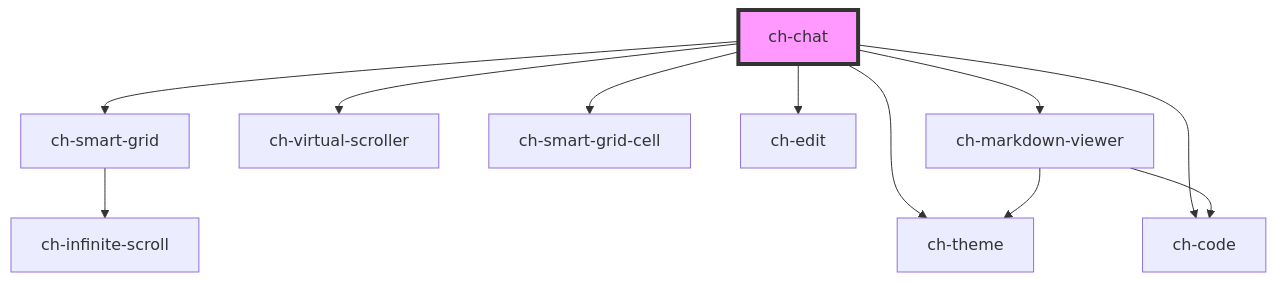
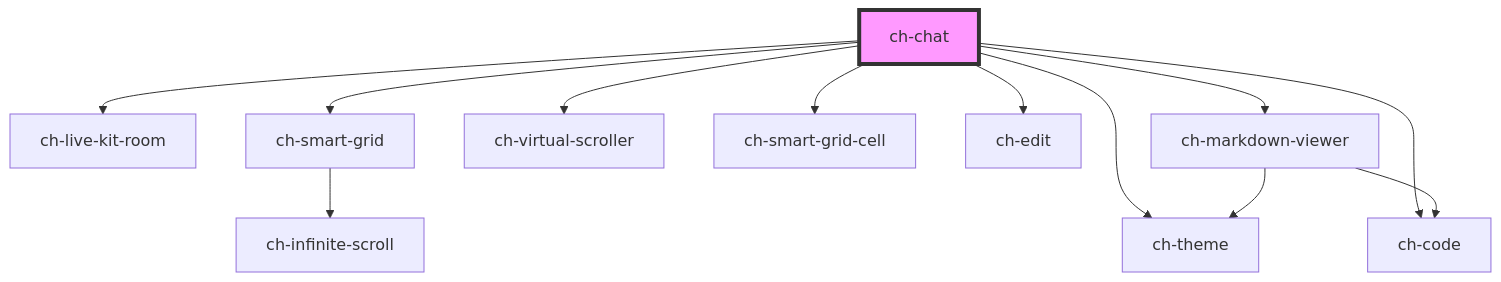
Before and after one commit to genexuslabs/chameleon-controls-library: the diagram in src/components/chat/readme.md, drawn with Mermaid. The commit also changed other lines of this file and 1 other file, not shown here.

````diff
--- a/src/components/chat/readme.md
+++ b/src/components/chat/readme.md
@@ -144,14 +149,15 @@
 ```mermaid
 graph TD;
+  ch-chat --> ch-live-kit-room
   ch-chat --> ch-smart-grid
   ch-chat --> ch-virtual-scroller
   ch-chat --> ch-smart-grid-cell
   ch-chat --> ch-theme
   ch-chat --> ch-edit
   ch-chat --> ch-code
   ch-chat --> ch-markdown-viewer
   ch-smart-grid --> ch-infinite-scroll
   ch-markdown-viewer --> ch-theme
   ch-markdown-viewer --> ch-code
   style ch-chat fill:#f9f,stroke:#333,stroke-width:4px
 ```
````
